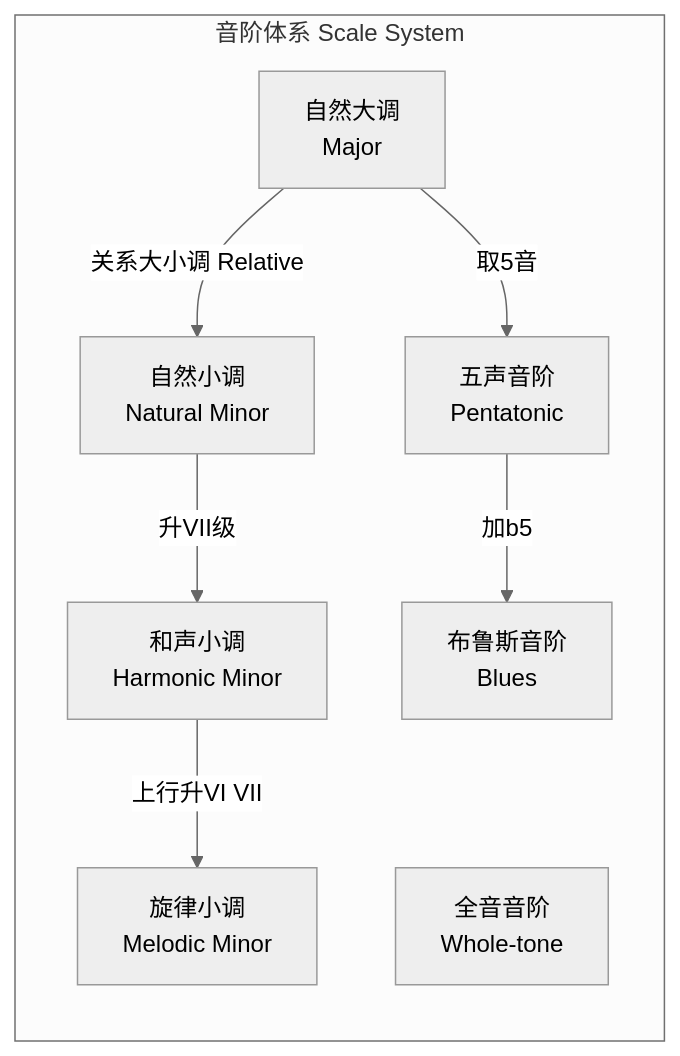
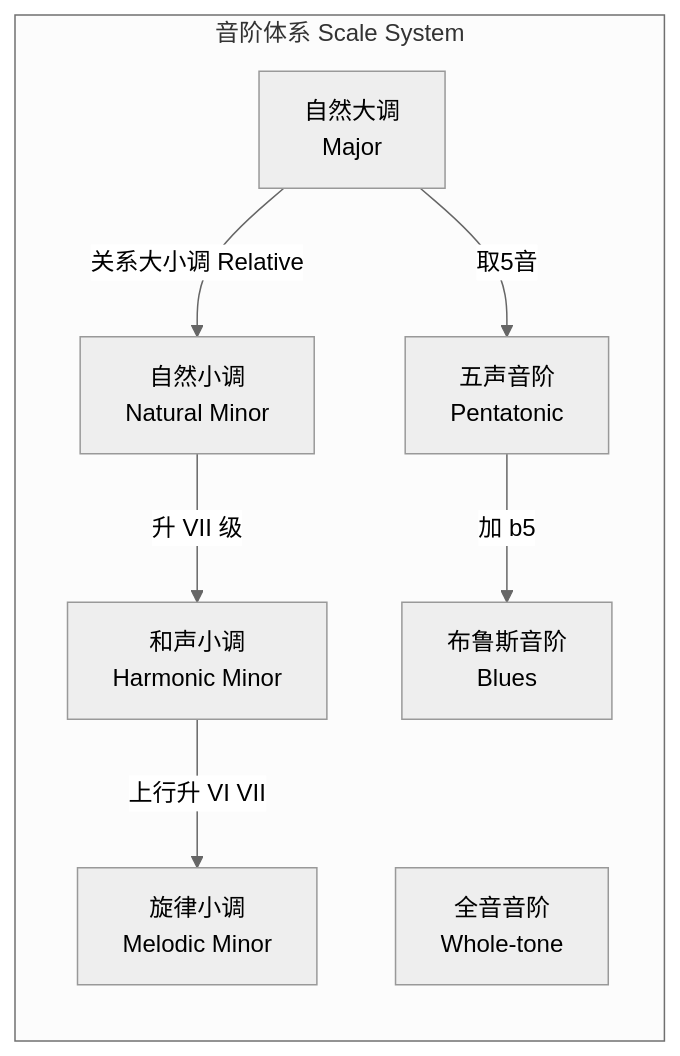
One commit to Tianshang301/TianshangKnowledgeBase changed the first of 2 diagrams in 06_ArtsAndCreativity/Music/MusicTheory/MusicTheory.md. Above: the diagram before and after it, drawn with Mermaid (neutral theme). The commit also changed other lines of this file and 2257 other files, not shown here.

````diff
--- a/06_ArtsAndCreativity/Music/MusicTheory/MusicTheory.md
+++ b/06_ArtsAndCreativity/Music/MusicTheory/MusicTheory.md
@@ -75,17 +77,17 @@
 ```mermaid
 flowchart LR
     subgraph 音阶体系 Scale System
         A[自然大调<br/>Major] 
         B[自然小调<br/>Natural Minor]
         C[和声小调<br/>Harmonic Minor]
         D[旋律小调<br/>Melodic Minor]
         E[五声音阶<br/>Pentatonic]
         F[布鲁斯音阶<br/>Blues]
         G[全音音阶<br/>Whole-tone]
     end
     A --> |关系大小调 Relative| B
-    B --> |升VII级| C
-    C --> |上行升VI VII| D
+    B --> |升 VII 级| C
+    C --> |上行升 VI VII| D
     A --> |取5音| E
-    E --> |加b5| F
+    E --> |加 b5| F
 ```
````
